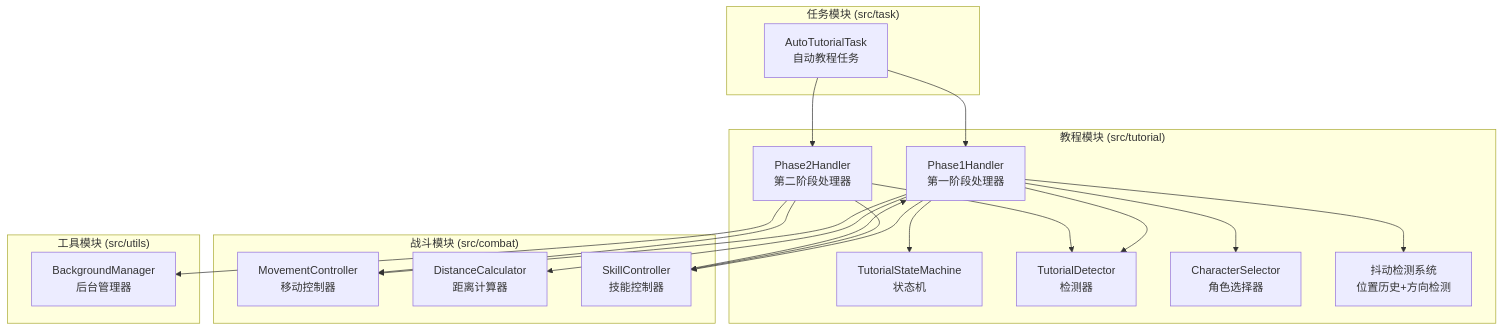
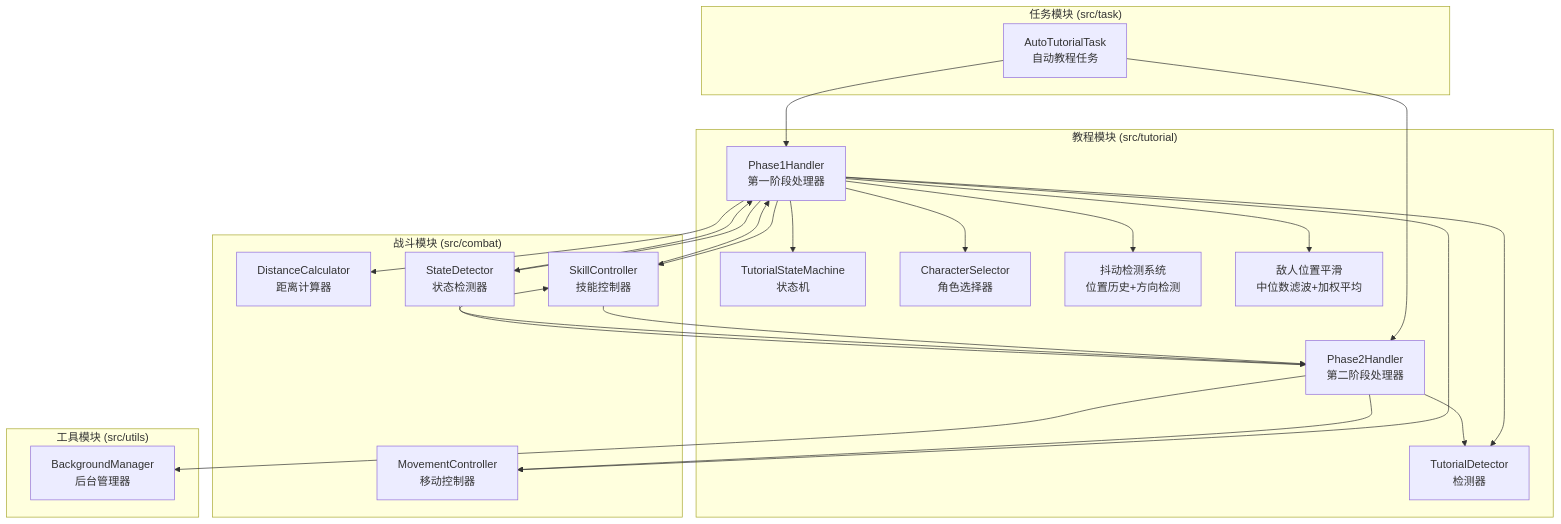
One commit to xsy098-max/ok-jump changed the first of 7 diagrams in .qoder/repowiki/zh/content/Tutorial Phase1 Handler.md. Above: the diagram before and after it, drawn with Mermaid. The commit also changed other lines of this file and 19 other files, not shown here.

````diff
--- a/.qoder/repowiki/zh/content/Tutorial Phase1 Handler.md
+++ b/.qoder/repowiki/zh/content/Tutorial Phase1 Handler.md
@@ -74,36 +79,43 @@
 ```mermaid
 graph TB
 subgraph "教程模块 (src/tutorial)"
 PH[Phase1Handler<br/>第一阶段处理器]
 SM[TutorialStateMachine<br/>状态机]
 TD[TutorialDetector<br/>检测器]
 CS[CharacterSelector<br/>角色选择器]
 JDS[抖动检测系统<br/>位置历史+方向检测]
+EPS[敌人位置平滑<br/>中位数滤波+加权平均]
 PH2[Phase2Handler<br/>第二阶段处理器]
 end
 subgraph "战斗模块 (src/combat)"
 MC[MovementController<br/>移动控制器]
 DC[DistanceCalculator<br/>距离计算器]
 SC[SkillController<br/>技能控制器]
+SD[StateDetector<br/>状态检测器]
 end
 subgraph "任务模块 (src/task)"
 AT[AutoTutorialTask<br/>自动教程任务]
 end
 subgraph "工具模块 (src/utils)"
 BM[BackgroundManager<br/>后台管理器]
 end
 AT --> PH
 AT --> PH2
 PH --> SM
 PH --> TD
 PH --> CS
 PH --> JDS
+PH --> EPS
 PH --> MC
 PH --> DC
 PH --> SC
+PH --> SD
 PH2 --> TD
 PH2 --> SC
 PH2 --> MC
 PH2 --> BM
 SC --> PH
+SC --> PH2
+SD --> PH
+SD --> PH2
 ```
````
